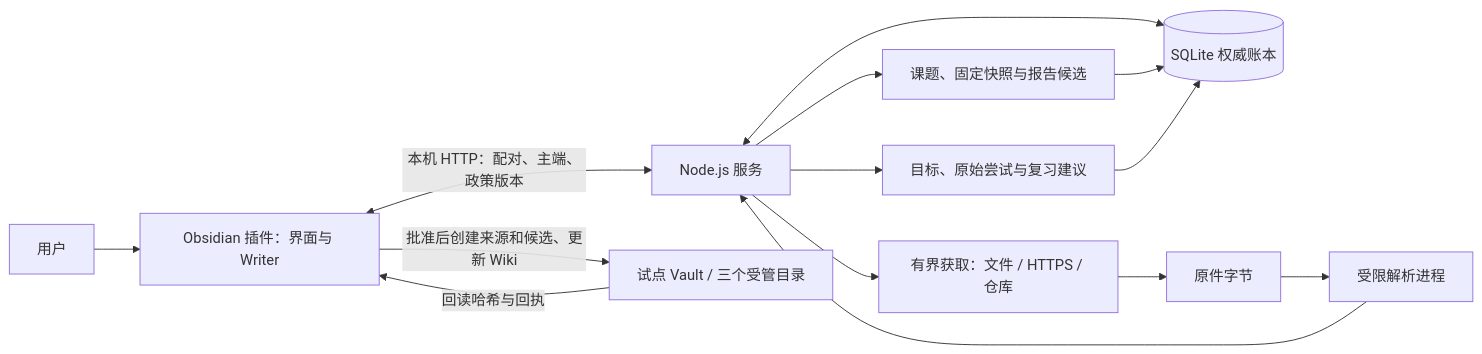
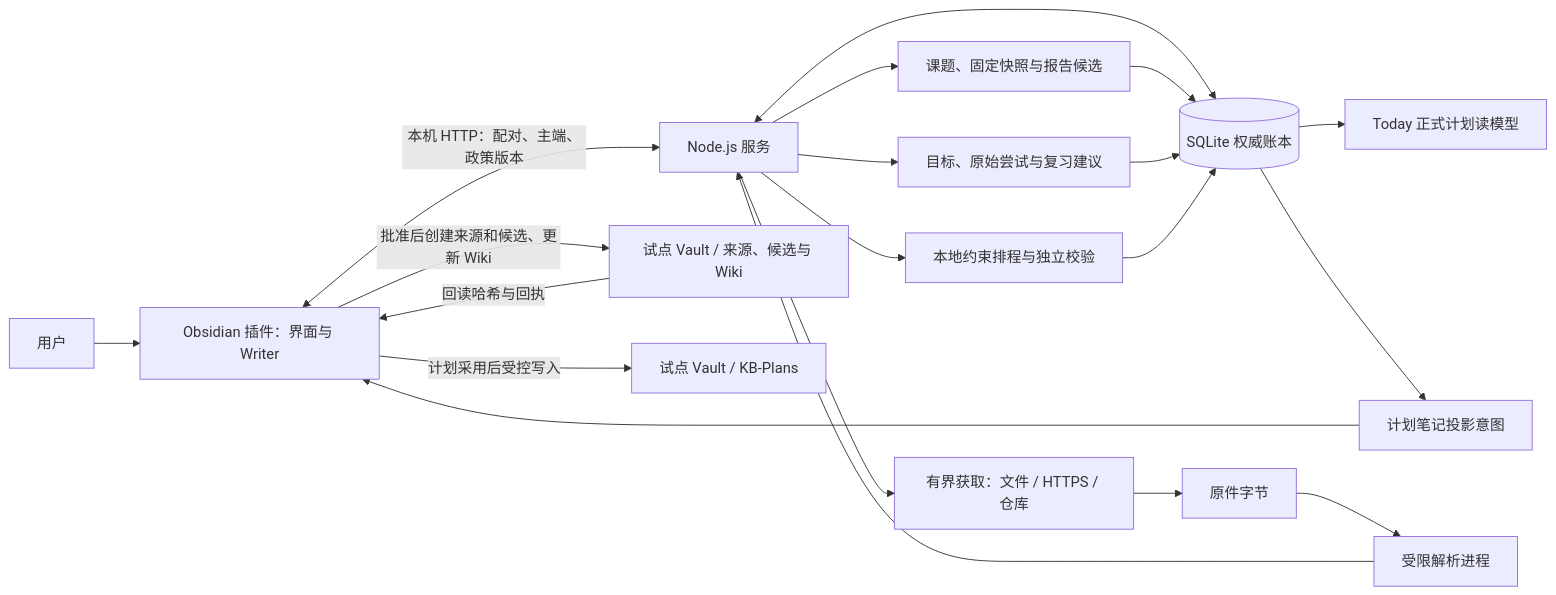
The first of 2 diagrams in docs/development/onboarding.md (liuxing95/repository), drawn with Mermaid before and after one commit. The commit also changed other lines of this file and 44 other files, not shown here.

````diff
--- a/docs/development/onboarding.md
+++ b/docs/development/onboarding.md
@@ -132,16 +133,22 @@
 ```mermaid
 flowchart LR
   User[用户] --> Plugin[Obsidian 插件：界面与 Writer]
   Plugin <-->|本机 HTTP：配对、主端、政策版本| Service[Node.js 服务]
   Service <--> DB[(SQLite 权威账本)]
   Service --> Fetch[有界获取：文件 / HTTPS / 仓库]
   Fetch --> Raw[原件字节]
   Raw --> Parser[受限解析进程]
   Parser --> Service
   Service --> Research[课题、固定快照与报告候选]
   Research --> DB
   Service --> Learning[目标、原始尝试与复习建议]
   Learning --> DB
-  Plugin -->|批准后创建来源和候选、更新 Wiki| Vault[试点 Vault / 三个受管目录]
+  Service --> Planning[本地约束排程与独立校验]
+  Planning --> DB
+  DB --> Today[Today 正式计划读模型]
+  DB --> PlanOutbox[计划笔记投影意图]
+  PlanOutbox --> Plugin
+  Plugin -->|批准后创建来源和候选、更新 Wiki| Vault[试点 Vault / 来源、候选与 Wiki]
+  Plugin -->|计划采用后受控写入| PlanFiles[试点 Vault / KB-Plans]
   Vault -->|回读哈希与回执| Plugin
 ```
````
